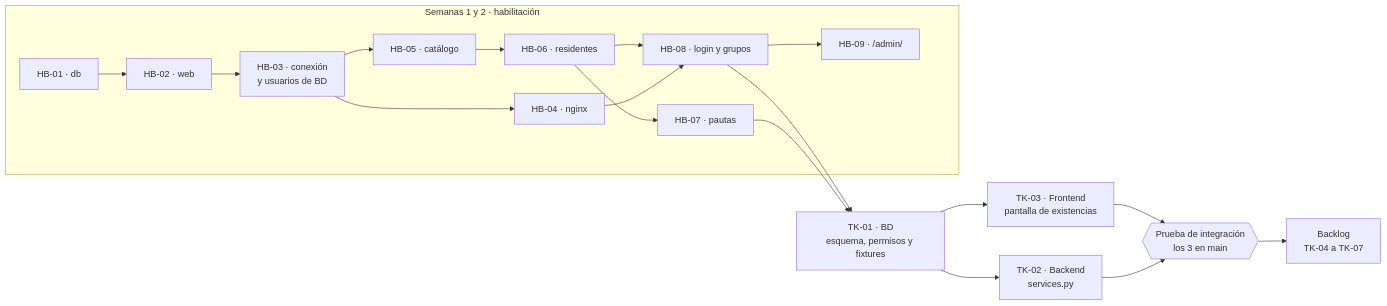
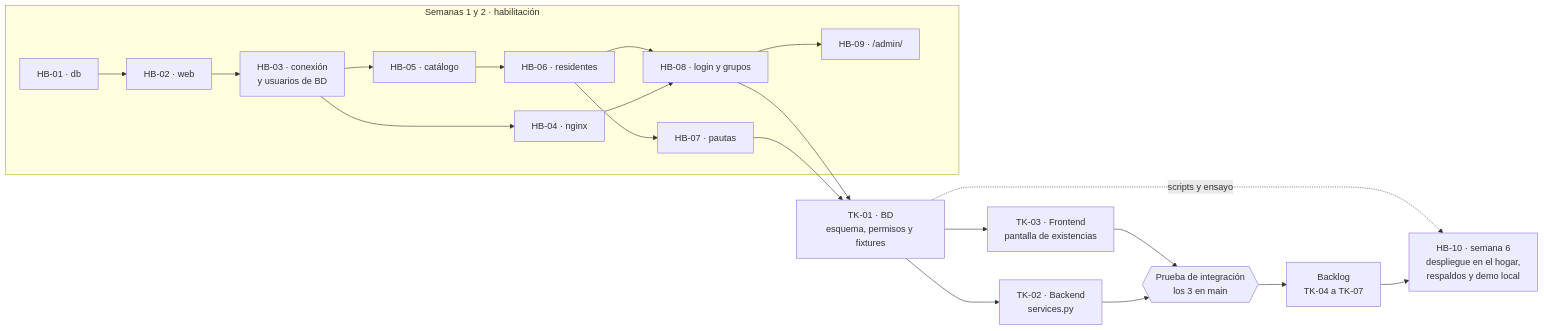
One commit to victorm007/AI4Devs-finalproject-vmrr changed diagram 14 of 15 in readme.md. Above: the diagram before and after it, drawn with Mermaid. The commit also changed other lines of this file and 30 other files, not shown here.

First line of the commit message:
docs: agrega HB-10 (despliegue en el hogar, respaldos y demo local)

````diff
--- a/readme.md
+++ b/readme.md
@@ -2398,18 +2410,20 @@
 ```mermaid
 flowchart LR
     subgraph HAB["Semanas 1 y 2 · habilitación"]
         H1["HB-01 · db"] --> H2["HB-02 · web"] --> H3["HB-03 · conexión<br/>y usuarios de BD"]
         H3 --> H4["HB-04 · nginx"]
         H3 --> H5["HB-05 · catálogo"] --> H6["HB-06 · residentes"] --> H7["HB-07 · pautas"]
         H4 --> H8["HB-08 · login y grupos"]
         H6 --> H8
         H8 --> H9["HB-09 · /admin/"]
     end
     H7 --> T1["TK-01 · BD<br/>esquema, permisos y fixtures"]
     H8 --> T1
     T1 --> T2["TK-02 · Backend<br/>services.py"]
     T1 --> T3["TK-03 · Frontend<br/>pantalla de existencias"]
     T2 --> INT{{"Prueba de integración<br/>los 3 en main"}}
     T3 --> INT
     INT --> BL["Backlog<br/>TK-04 a TK-07"]
+    BL --> H10["HB-10 · semana 6<br/>despliegue en el hogar,<br/>respaldos y demo local"]
+    T1 -. "scripts y ensayo" .-> H10
 ```
````
